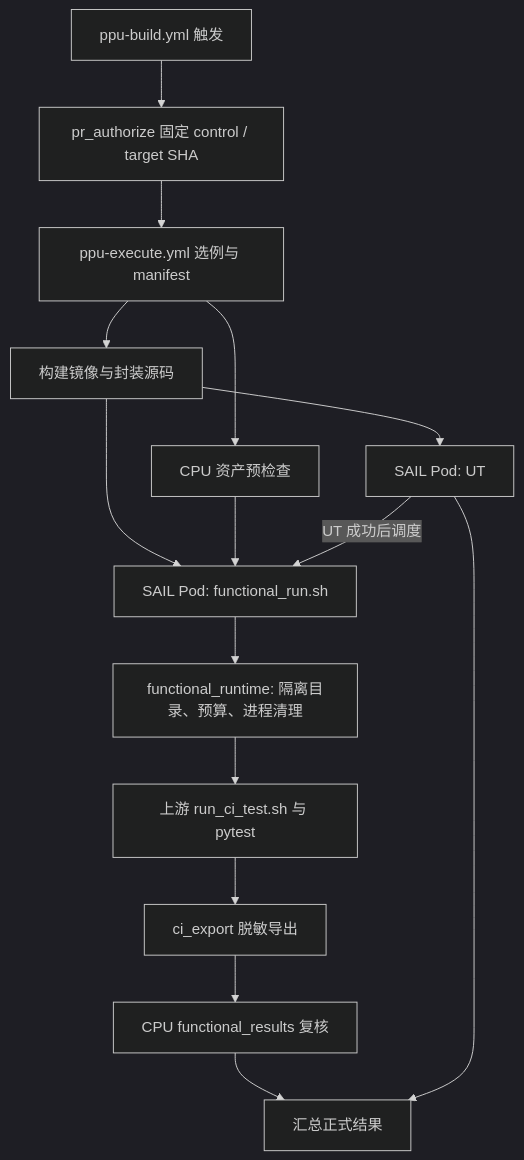
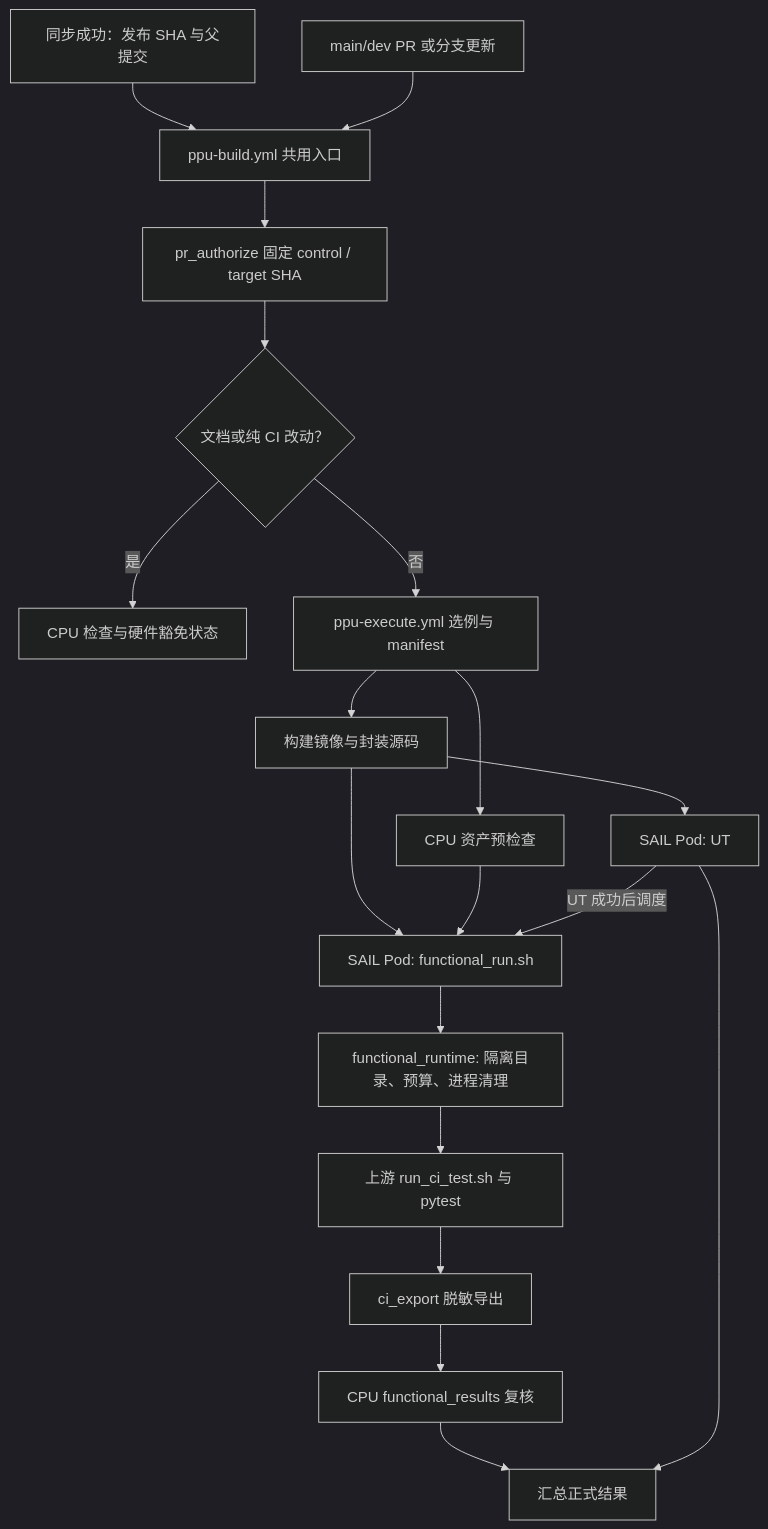
Before and after one commit to flytiger-eco/Megatron-LM-for-sail: the diagram in docs/developer/ppu-ci.md, drawn with Mermaid (dark theme). The commit also changed other lines of this file and 20 other files, not shown here.

````diff
--- a/docs/developer/ppu-ci.md
+++ b/docs/developer/ppu-ci.md
@@ -22,17 +44,21 @@
 ```mermaid
 flowchart TD
-    A[ppu-build.yml 触发] --> B[pr_authorize 固定 control / target SHA]
-    B --> C[ppu-execute.yml 选例与 manifest]
+    S[同步成功：发布 SHA 与父提交] --> A[ppu-build.yml 共用入口]
+    P[main/dev PR 或分支更新] --> A
+    A --> B[pr_authorize 固定 control / target SHA]
+    B --> Q{文档或纯 CI 改动？}
+    Q -->|是| X[CPU 检查与硬件豁免状态]
+    Q -->|否| C[ppu-execute.yml 选例与 manifest]
     C --> D[CPU 资产预检查]
     C --> E[构建镜像与封装源码]
     E --> F[SAIL Pod: UT]
     E --> G[SAIL Pod: functional_run.sh]
     D --> G
     F -->|UT 成功后调度| G
     G --> H[functional_runtime: 隔离目录、预算、进程清理]
     H --> I[上游 run_ci_test.sh 与 pytest]
     I --> J[ci_export 脱敏导出]
     J --> K[CPU functional_results 复核]
     K --> L[汇总正式结果]
     F --> L
 ```
````
